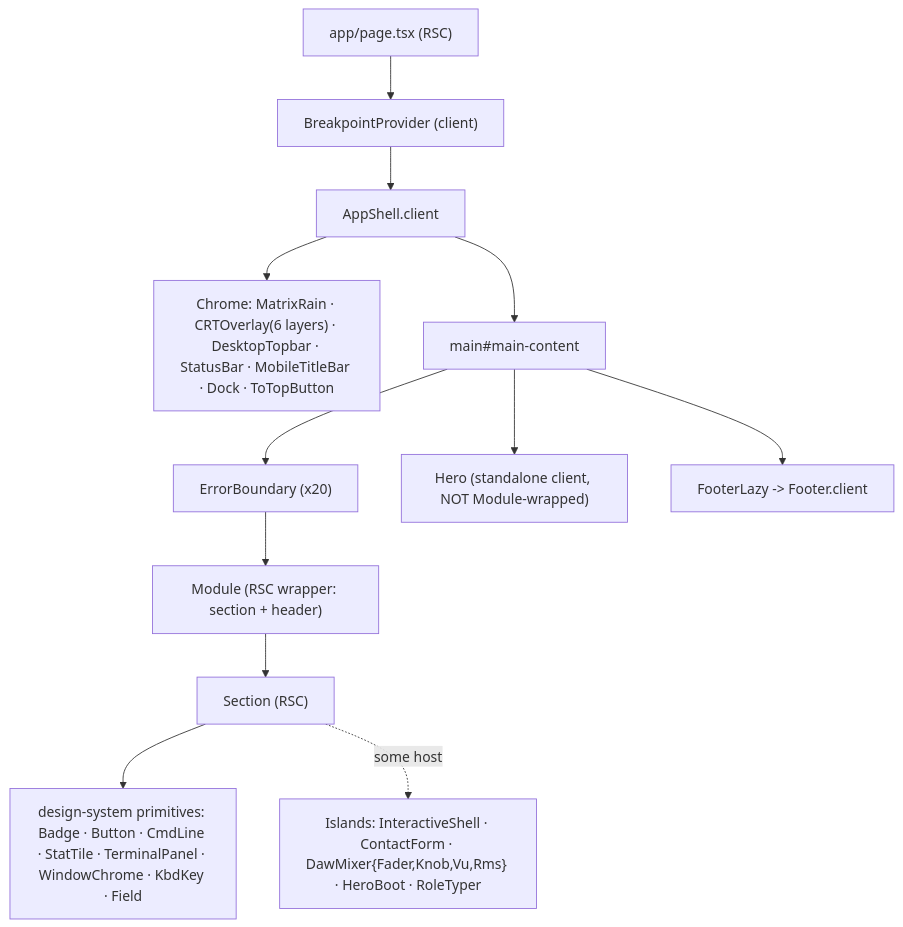
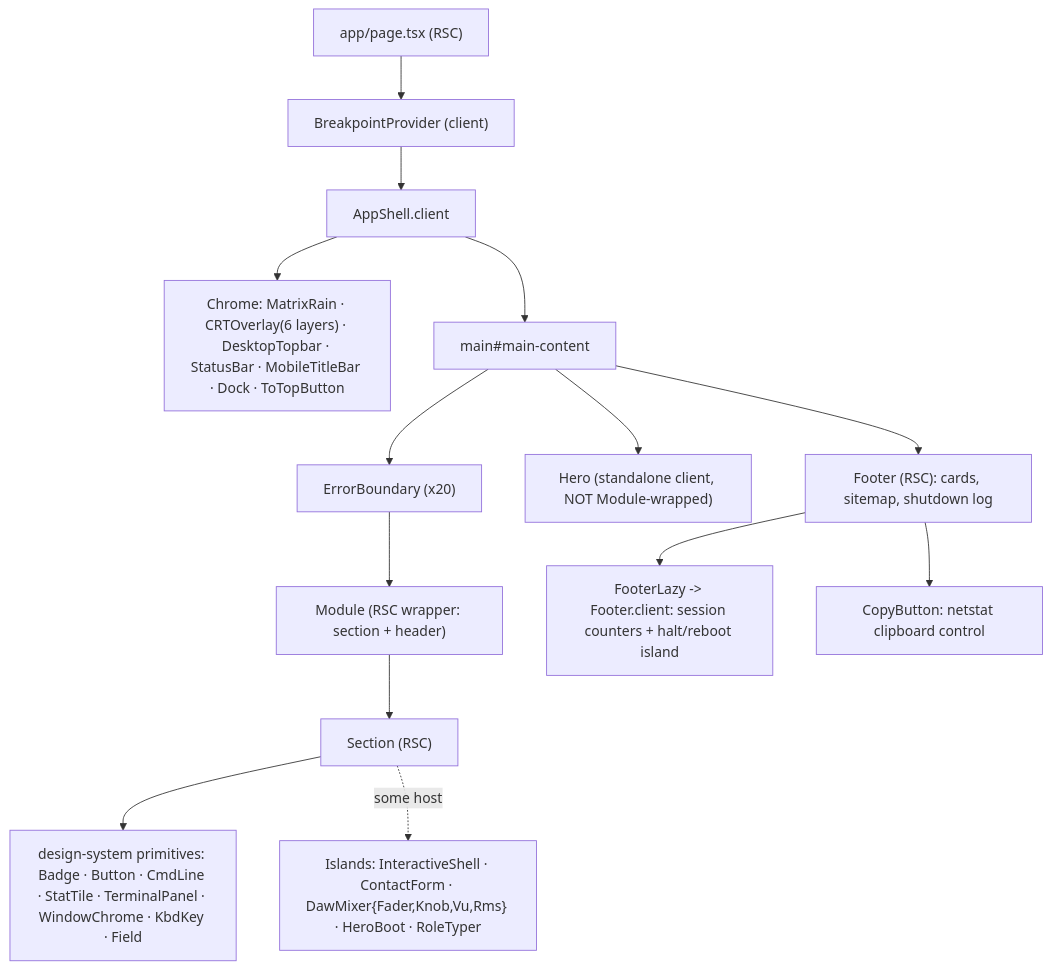
One commit to erikunha/portfolio changed the first of 2 diagrams in docs/04-components-and-state.md. Above: the diagram before and after it, drawn with Mermaid. The commit also changed other lines of this file and 11 other files, not shown here.

Commit message:
fix(footer): match prototype netstat, tree connectors, session values and reboot target

````diff
--- a/docs/04-components-and-state.md
+++ b/docs/04-components-and-state.md
@@ -22,14 +22,16 @@
 ```mermaid
 flowchart TD
     page["app/page.tsx (RSC)"] --> bp["BreakpointProvider (client)"]
     bp --> shell["AppShell.client"]
     shell --> chrome["Chrome: MatrixRain · CRTOverlay(6 layers) · DesktopTopbar · StatusBar · MobileTitleBar · Dock · ToTopButton"]
     shell --> main["main#main-content"]
     main --> eb["ErrorBoundary (x20)"]
     eb --> mod["Module (RSC wrapper: section + header)"]
     mod --> sec["Section (RSC)"]
     sec --> dsp["design-system primitives: Badge · Button · CmdLine · StatTile · TerminalPanel · WindowChrome · KbdKey · Field"]
     sec -. some host .-> isl["Islands: InteractiveShell · ContactForm · DawMixer{Fader,Knob,Vu,Rms} · HeroBoot · RoleTyper"]
     main --> hero["Hero (standalone client, NOT Module-wrapped)"]
-    main --> fl["FooterLazy -> Footer.client"]
+    main --> fl["Footer (RSC): cards, sitemap, shutdown log"]
+    fl --> fi["FooterLazy -> Footer.client: session counters + halt/reboot island"]
+    fl --> fc["CopyButton: netstat clipboard control"]
 ```
````
